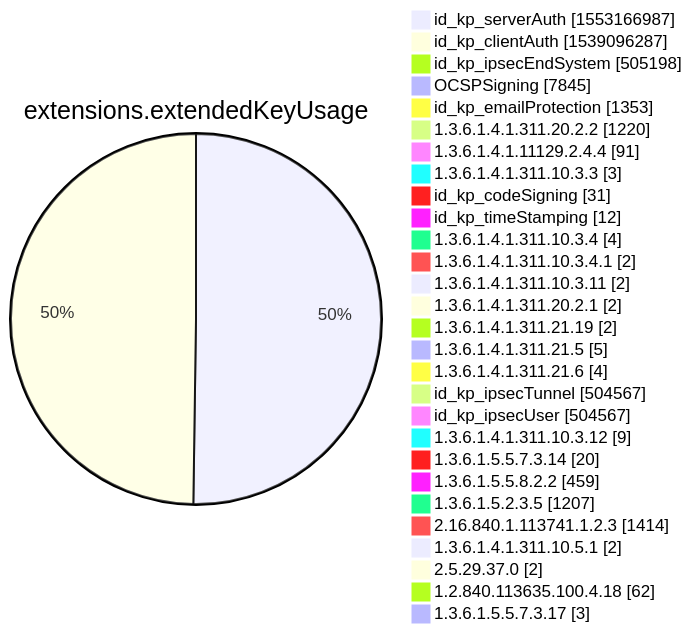
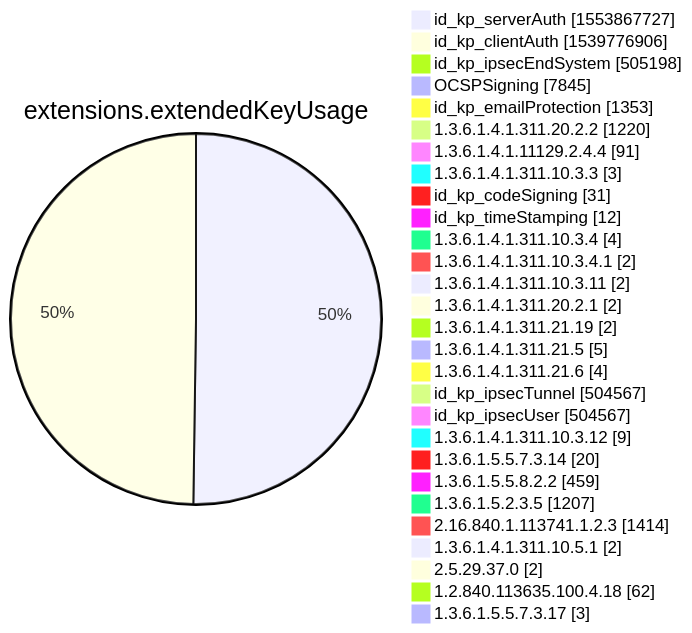
One commit to christiankrug/ctmonitor_visualization changed diagram 12 of 15 in xenon2022/README.md. Above: the diagram before and after it, drawn with Mermaid. The commit also changed other lines of this file, not shown here.

````diff
--- a/xenon2022/README.md
+++ b/xenon2022/README.md
@@ -3882,32 +3882,32 @@
 ```mermaid
 pie showData
 title extensions.extendedKeyUsage
-"id_kp_serverAuth" :1553166987
-"id_kp_clientAuth" :1539096287
+"id_kp_serverAuth" :1553867727
+"id_kp_clientAuth" :1539776906
 "id_kp_ipsecEndSystem" :505198
 "OCSPSigning" :7845
 "id_kp_emailProtection" :1353
 "1.3.6.1.4.1.311.20.2.2" :1220
 "1.3.6.1.4.1.11129.2.4.4" :91
 "1.3.6.1.4.1.311.10.3.3" :3
 "id_kp_codeSigning" :31
 "id_kp_timeStamping" :12
 "1.3.6.1.4.1.311.10.3.4" :4
 "1.3.6.1.4.1.311.10.3.4.1" :2
 "1.3.6.1.4.1.311.10.3.11" :2
 "1.3.6.1.4.1.311.20.2.1" :2
 "1.3.6.1.4.1.311.21.19" :2
 "1.3.6.1.4.1.311.21.5" :5
 "1.3.6.1.4.1.311.21.6" :4
 "id_kp_ipsecTunnel" :504567
 "id_kp_ipsecUser" :504567
 "1.3.6.1.4.1.311.10.3.12" :9
 "1.3.6.1.5.5.7.3.14" :20
 "1.3.6.1.5.5.8.2.2" :459
 "1.3.6.1.5.2.3.5" :1207
 "2.16.840.1.113741.1.2.3" :1414
 "1.3.6.1.4.1.311.10.5.1" :2
 "2.5.29.37.0" :2
 "1.2.840.113635.100.4.18" :62
 "1.3.6.1.5.5.7.3.17" :3
 ```
````
